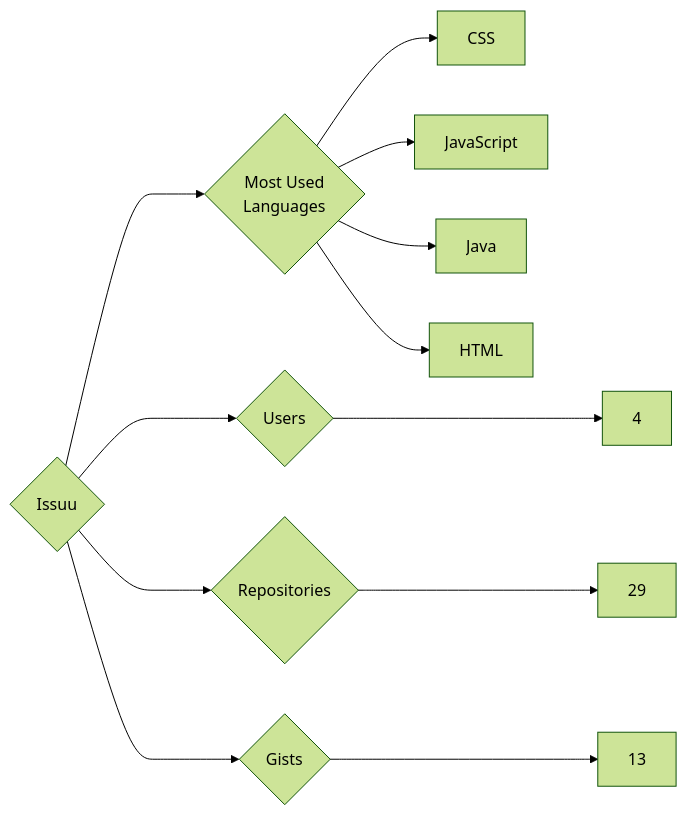
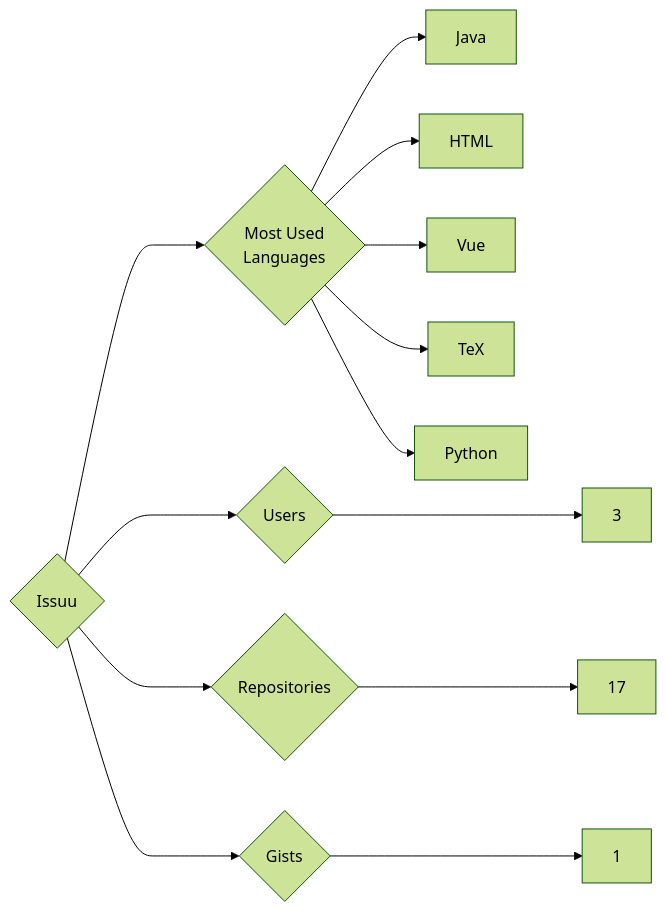
Before and after one commit to trickest/insiders: the diagram in targets/Issuu/README.md, drawn with Mermaid (forest theme). The commit also changed 840 other files, not shown here.

````diff
--- a/targets/Issuu/README.md
+++ b/targets/Issuu/README.md
@@ -3,12 +3,13 @@
 ```mermaid
 graph LR
 COMPANY_NAME{Issuu}
-COMPANY_NAME ---> U{Users} ---> UN[4]
-COMPANY_NAME ---> R{Repositories} ---> RN[29]
-COMPANY_NAME ---> G{Gists} ---> GN[13]
+COMPANY_NAME ---> U{Users} ---> UN[3]
+COMPANY_NAME ---> R{Repositories} ---> RN[17]
+COMPANY_NAME ---> G{Gists} ---> GN[1]
 COMPANY_NAME ---> ML{Most Used<br>Languages}
-ML --> CSS[CSS]
-ML --> JavaScript[JavaScript]
 ML --> Java[Java]
 ML --> HTML[HTML]
+ML --> Vue[Vue]
+ML --> TeX[TeX]
+ML --> Python[Python]
 ```
````
